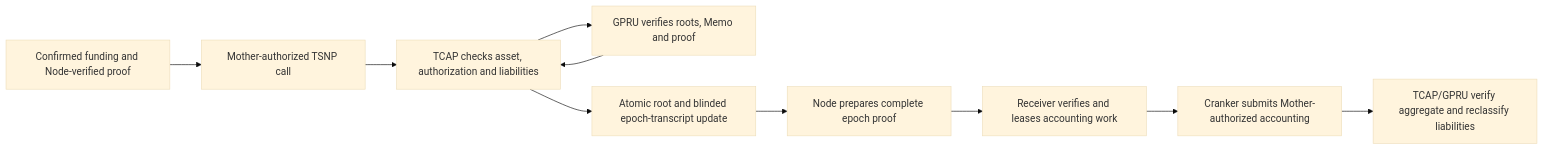
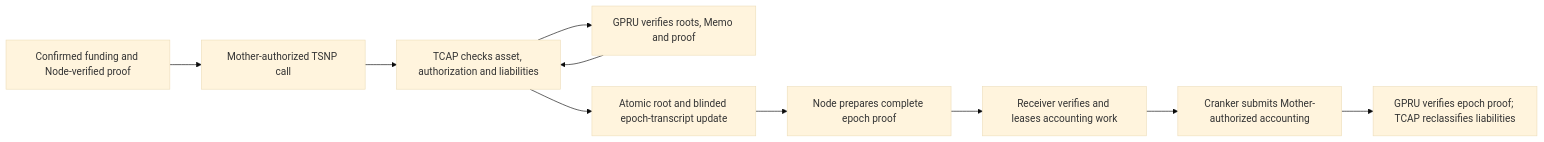
One commit to Trustlink-Labs/TSN-Protocol changed the diagram in tsn-docs/developers/confidential-settlement.mdx. Above: the diagram before and after it, drawn with Mermaid (base theme). The commit also changed other lines of this file and 1063 other files, not shown here.

````diff
--- a/tsn-docs/developers/confidential-settlement.mdx
+++ b/tsn-docs/developers/confidential-settlement.mdx
@@ -9,12 +9,12 @@
 ```mermaid
 flowchart LR
     I[Confirmed funding and Node-verified proof] --> A[Mother-authorized TSNP call]
     A --> T[TCAP checks asset, authorization and liabilities]
     T --> G[GPRU verifies roots, Memo and proof]
     G --> T
     T --> S[Atomic root and blinded epoch-transcript update]
     S --> E[Node prepares complete epoch proof]
     E --> R[Receiver verifies and leases accounting work]
     R --> K[Cranker submits Mother-authorized accounting]
-    K --> Q[TCAP/GPRU verify aggregate and reclassify liabilities]
+    K --> Q[GPRU verifies epoch proof; TCAP reclassifies liabilities]
 ```
````
